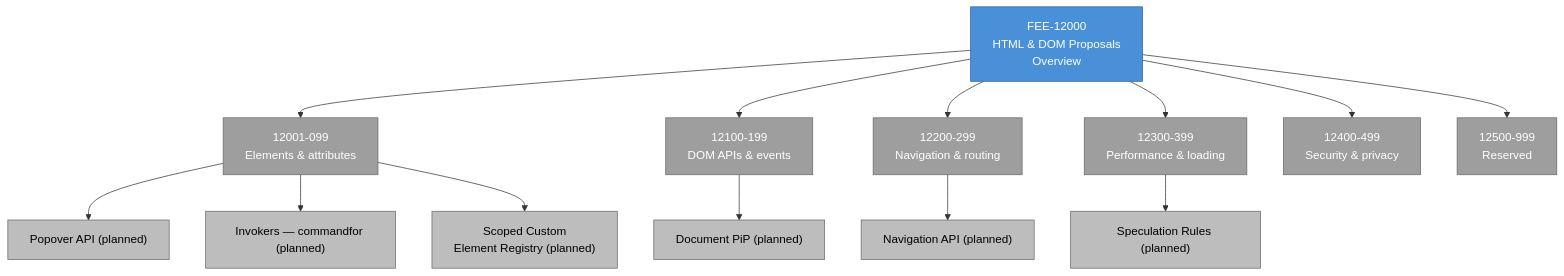
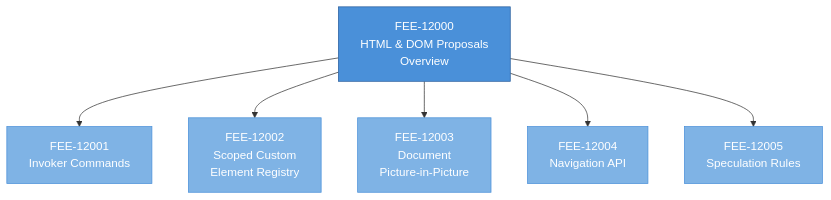
Before and after one commit to alivedise/frontend-engineering-essentials: the diagram in docs/en/Web Platform Proposals/HTML and DOM Proposals/12000.md, drawn with Mermaid. The commit also changed other lines of this file and 1 other file, not shown here.

Commit message:
docs(fee): update FEE-12000 overview for sequential sub-article IDs
Replace the topic-based sub-range diagram and range table with a flat
listing of sub-articles 12001-12005. Refresh surrounding prose to drop
stale sub-range references and Popover-first reading order; add
audience-indexed entry guidance and graduation-tracking notes.

````diff
--- a/docs/en/Web Platform Proposals/HTML and DOM Proposals/12000.md
+++ b/docs/en/Web Platform Proposals/HTML and DOM Proposals/12000.md
@@ -178,46 +178,23 @@
 ```mermaid
 graph TD
     FEE12000["FEE-12000<br/>HTML & DOM Proposals<br/>Overview"]
 
-    ELEMENTS["12001-099<br/>Elements & attributes"]
-    DOM["12100-199<br/>DOM APIs & events"]
-    NAV["12200-299<br/>Navigation & routing"]
-    PERF["12300-399<br/>Performance & loading"]
-    SEC["12400-499<br/>Security & privacy"]
-    RESERVED["12500-999<br/>Reserved"]
+    FEE12001["FEE-12001<br/>Invoker Commands"]
+    FEE12002["FEE-12002<br/>Scoped Custom<br/>Element Registry"]
+    FEE12003["FEE-12003<br/>Document<br/>Picture-in-Picture"]
+    FEE12004["FEE-12004<br/>Navigation API"]
+    FEE12005["FEE-12005<br/>Speculation Rules"]
 
-    POPOVER["Popover API (planned)"]
-    INVOKERS["Invokers — commandfor (planned)"]
-    NAVAPI["Navigation API (planned)"]
-    SPECRULES["Speculation Rules (planned)"]
-    DOCPIP["Document PiP (planned)"]
-    SCOPEDCE["Scoped Custom<br/>Element Registry (planned)"]
-
-    FEE12000 --> ELEMENTS
-    FEE12000 --> DOM
-    FEE12000 --> NAV
-    FEE12000 --> PERF
-    FEE12000 --> SEC
-    FEE12000 --> RESERVED
-
-    ELEMENTS --> POPOVER
-    ELEMENTS --> INVOKERS
-    ELEMENTS --> SCOPEDCE
-    DOM --> DOCPIP
-    NAV --> NAVAPI
-    PERF --> SPECRULES
+    FEE12000 --> FEE12001
+    FEE12000 --> FEE12002
+    FEE12000 --> FEE12003
+    FEE12000 --> FEE12004
+    FEE12000 --> FEE12005
 
     style FEE12000 fill:#4A90D9,color:#fff,stroke:#2A5F9E
-    style ELEMENTS fill:#9E9E9E,color:#fff,stroke:#6A6A6A
-    style DOM fill:#9E9E9E,color:#fff,stroke:#6A6A6A
-    style NAV fill:#9E9E9E,color:#fff,stroke:#6A6A6A
-    style PERF fill:#9E9E9E,color:#fff,stroke:#6A6A6A
-    style SEC fill:#9E9E9E,color:#fff,stroke:#6A6A6A
-    style RESERVED fill:#9E9E9E,color:#fff,stroke:#6A6A6A
-    style POPOVER fill:#BDBDBD,color:#000,stroke:#6A6A6A
-    style INVOKERS fill:#BDBDBD,color:#000,stroke:#6A6A6A
-    style NAVAPI fill:#BDBDBD,color:#000,stroke:#6A6A6A
-    style SPECRULES fill:#BDBDBD,color:#000,stroke:#6A6A6A
-    style DOCPIP fill:#BDBDBD,color:#000,stroke:#6A6A6A
-    style SCOPEDCE fill:#BDBDBD,color:#000,stroke:#6A6A6A
+    style FEE12001 fill:#7FB3E5,color:#fff,stroke:#4A90D9
+    style FEE12002 fill:#7FB3E5,color:#fff,stroke:#4A90D9
+    style FEE12003 fill:#7FB3E5,color:#fff,stroke:#4A90D9
+    style FEE12004 fill:#7FB3E5,color:#fff,stroke:#4A90D9
+    style FEE12005 fill:#7FB3E5,color:#fff,stroke:#4A90D9
 ```
````
